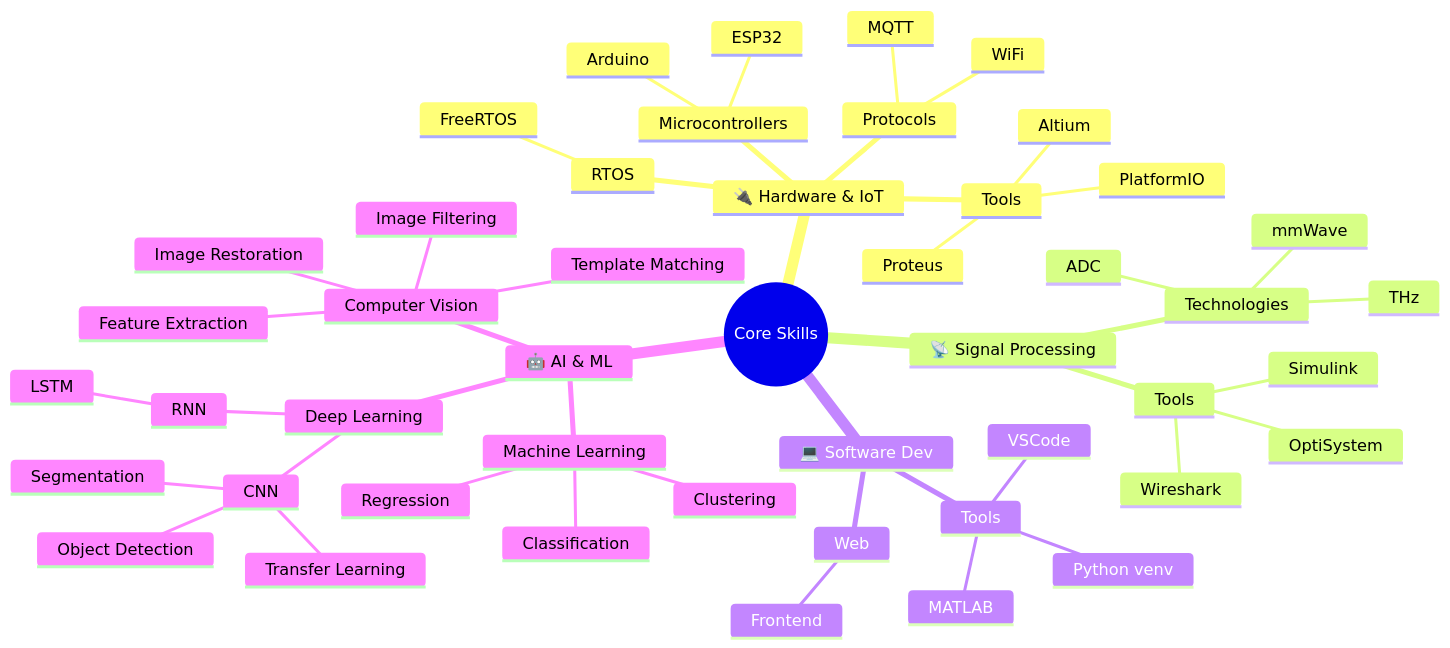
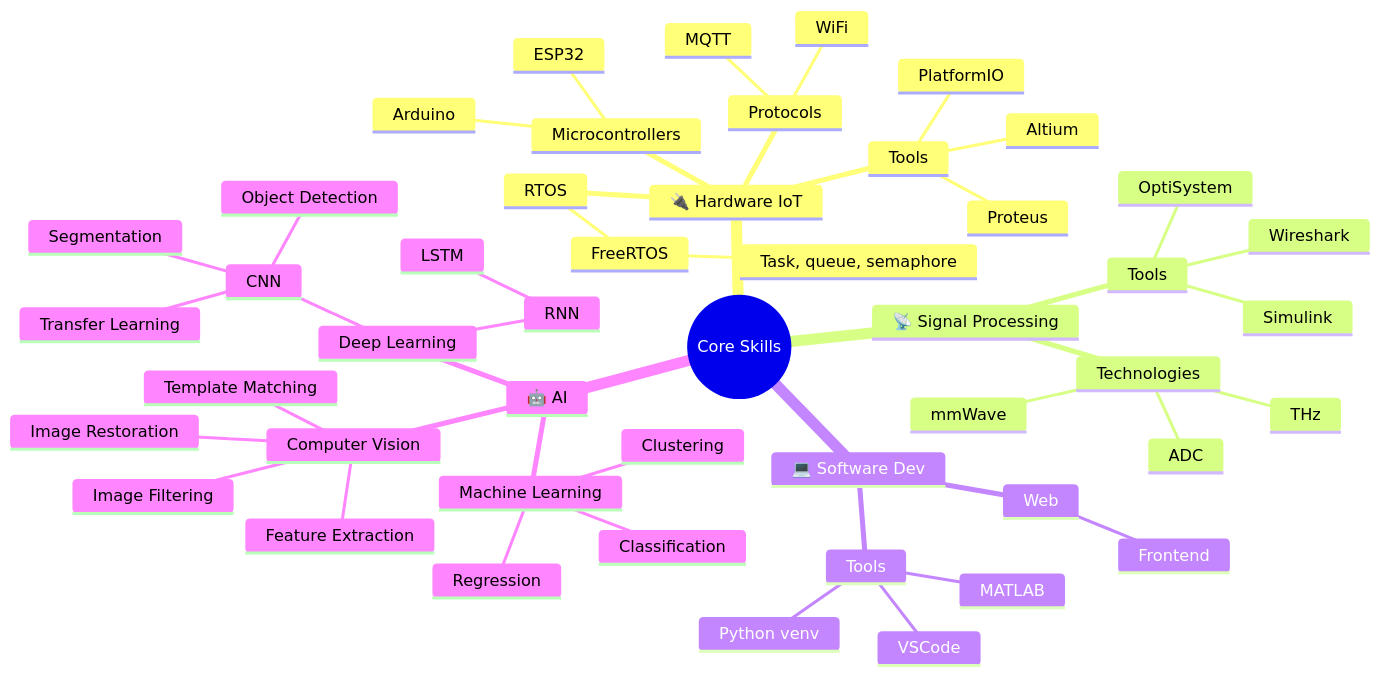
One commit to bathanh0309/bathanh0309 changed the diagram in README.md. Above: the diagram before and after it, drawn with Mermaid.

````diff
--- a/README.md
+++ b/README.md
@@ -141,50 +141,51 @@
 ```mermaid
 mindmap
   root((Core Skills))
-    🔌 Hardware & IoT
+    🔌 Hardware IoT
       Microcontrollers
         ESP32
         Arduino
       RTOS
         FreeRTOS
+          Task, queue, semaphore
       Protocols
         MQTT
         WiFi
       Tools
         PlatformIO
         Proteus
         Altium
     📡 Signal Processing
       Technologies
         mmWave
         THz
         ADC
       Tools
         Simulink
         OptiSystem
         Wireshark
     💻 Software Dev
       Web
         Frontend
       Tools
         VSCode
         MATLAB
         Python venv
-    🤖 AI & ML
+    🤖 AI 
       Machine Learning
         Classification
         Regression
         Clustering
       Deep Learning
         CNN
           Segmentation
           Object Detection
           Transfer Learning
         RNN
           LSTM
       Computer Vision
         Feature Extraction
         Image Filtering
         Image Restoration
         Template Matching
 ```
````
